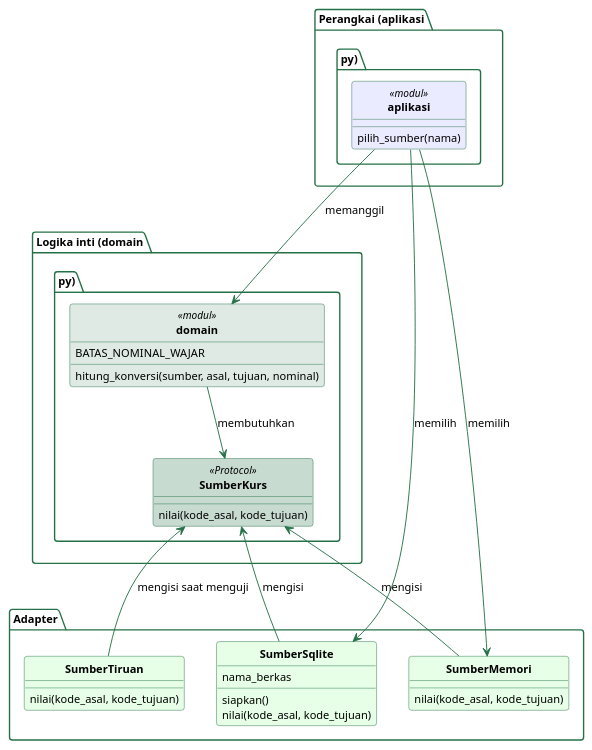
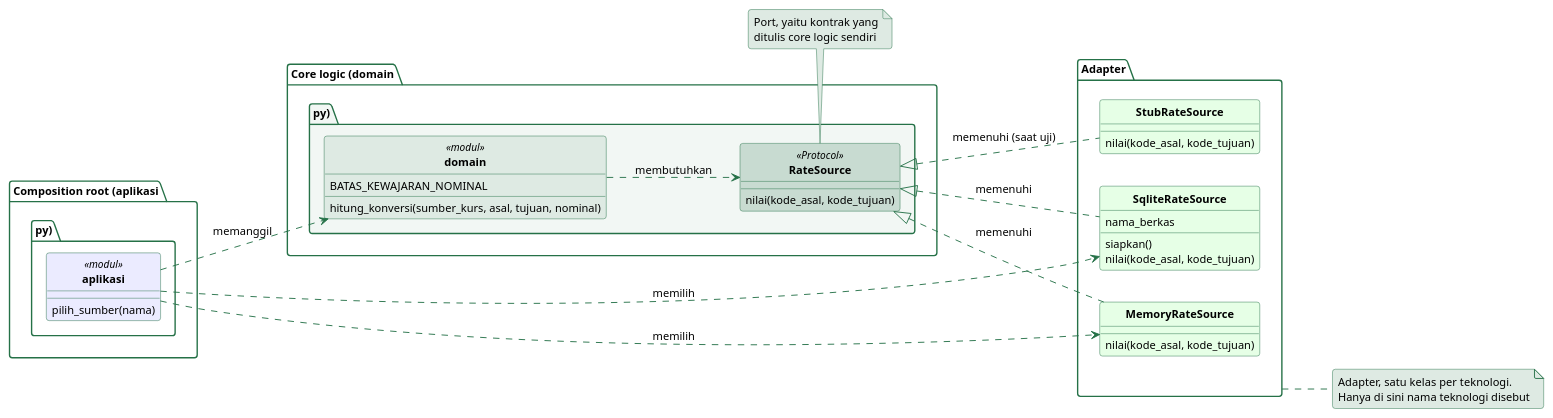
One commit to alfa-yohannis/software-architecture changed the diagram in sources/chapter04/diagram/kelas-port-adapter.puml. Above: the diagram before and after it, drawn with PlantUML. The commit also changed other lines of this file and 21 other files, not shown here.

```diff
--- a/sources/chapter04/diagram/kelas-port-adapter.puml
+++ b/sources/chapter04/diagram/kelas-port-adapter.puml
@@ -14,66 +12,91 @@
 @startuml
+' Arahnya dibuat dari kiri ke kanan, mengikuti bentuk heksagonal pada bab ini.
+' Sisi pendorong berada di kiri, core logic beserta portnya di tengah, lalu
+' adapter di kanan.
+left to right direction
 skinparam backgroundColor transparent
 skinparam defaultFontName Titillium Web
 skinparam defaultFontSize 13
 skinparam shadowing false
 skinparam roundCorner 6
 skinparam classAttributeIconSize 0
 skinparam classFontStyle bold
 skinparam ArrowColor #257147
 skinparam ArrowFontSize 12
 skinparam class {
   BorderColor #257147
   BackgroundColor #EBEBFF
   FontColor black
   AttributeFontSize 12
   StereotypeFontSize 11
 }
 skinparam package {
   BorderColor #257147
   BackgroundColor transparent
   FontColor black
   FontSize 12
 }
+skinparam note {
+  BackgroundColor #DEEAE3
+  BorderColor #257147
+  FontSize 12
+}
 hide circle
 
-package "Perangkai (aplikasi.py)" {
+package "Composition root (aplikasi.py)" {
   class aplikasi <<modul>> {
     pilih_sumber(nama)
   }
 }
 
-package "Logika inti (domain.py)" {
+package "Core logic (domain.py)" #F2F7F4 {
   class domain <<modul>> #DEEAE3 {
-    BATAS_NOMINAL_WAJAR
-    hitung_konversi(sumber, asal, tujuan, nominal)
+    BATAS_KEWAJARAN_NOMINAL
+    hitung_konversi(sumber_kurs, asal, tujuan, nominal)
   }
 
-  class SumberKurs <<Protocol>> #C8DBD1 {
+  class RateSource <<Protocol>> #C8DBD1 {
     nilai(kode_asal, kode_tujuan)
   }
 }
 
-package "Adapter" {
-  class SumberMemori #E6FFE6 {
+package "Adapter" as PaketAdapter {
+  class StubRateSource #E6FFE6 {
     nilai(kode_asal, kode_tujuan)
   }
-
-  class SumberSqlite #E6FFE6 {
+  class SqliteRateSource #E6FFE6 {
     nama_berkas
     siapkan()
     nilai(kode_asal, kode_tujuan)
   }
-
-  class SumberTiruan #E6FFE6 {
+  class MemoryRateSource #E6FFE6 {
     nilai(kode_asal, kode_tujuan)
   }
 }
 
-aplikasi -down-> domain : memanggil
-domain -down-> SumberKurs : membutuhkan
-aplikasi -down-> SumberMemori : memilih
-aplikasi -down-> SumberSqlite : memilih
-SumberMemori -up-> SumberKurs : mengisi
-SumberSqlite -up-> SumberKurs : mengisi
-SumberTiruan -up-> SumberKurs : mengisi saat menguji
+' Garis putus berkepala terbuka berarti dependency, yaitu satu kelas memakai
+' kelas lain. Garis putus bersegitiga kosong berarti realisasi, yaitu kelas itu
+' memenuhi kontrak. Relasi realisasi ditulis terbalik agar adapter tetap
+' terletak di kanan port.
+aplikasi ..> domain : memanggil
+domain ..> RateSource : membutuhkan
+RateSource <|.. MemoryRateSource : memenuhi
+RateSource <|.. SqliteRateSource : memenuhi
+RateSource <|.. StubRateSource : memenuhi (saat uji)
+aplikasi ..> MemoryRateSource : memilih
+aplikasi ..> SqliteRateSource : memilih
+
+note bottom of RateSource
+  Port, yaitu kontrak yang
+  ditulis core logic sendiri
+end note
+
+' Nota adapter digantung sendiri lalu disambungkan ke paketnya, sebab pada
+' tata letak kiri ke kanan penempatan top maupun bottom sama-sama jatuh di
+' atas paket.
+note as CatatanAdapter
+  Adapter, satu kelas per teknologi.
+  Hanya di sini nama teknologi disebut
+end note
+PaketAdapter .. CatatanAdapter
 @enduml
```
